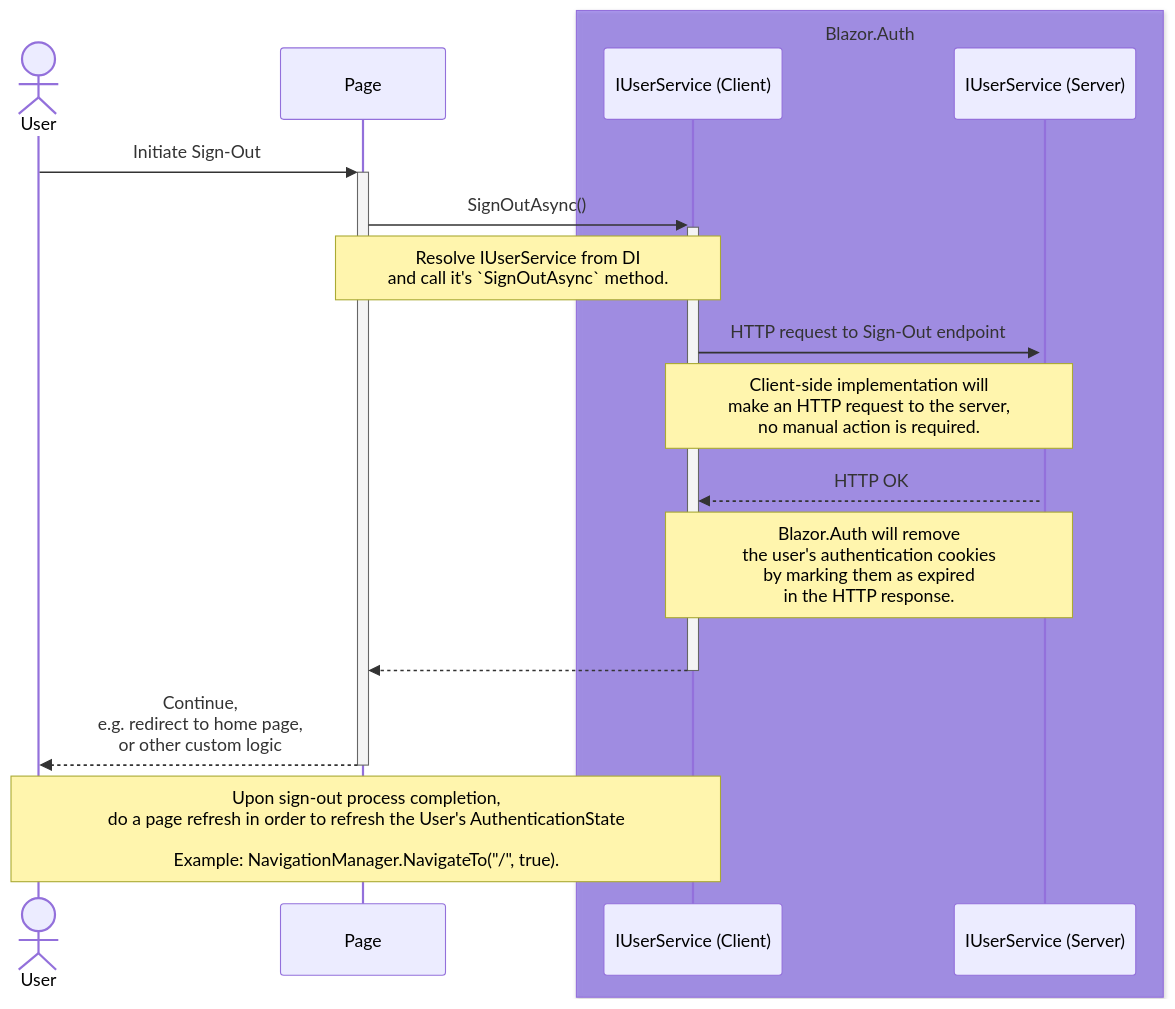
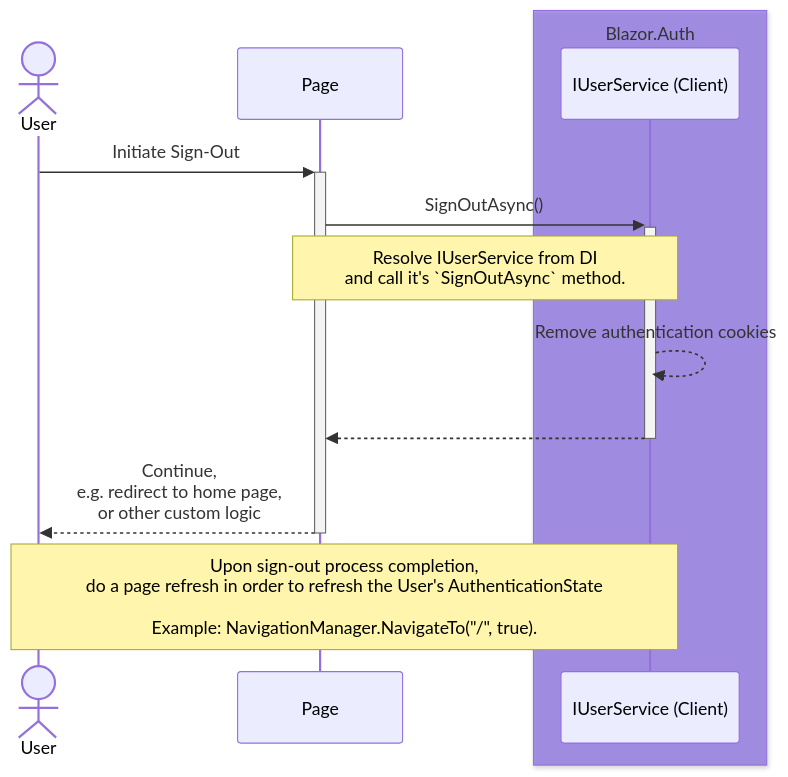
One commit to BitzArt/Blazor.Auth changed the third of 3 diagrams in docs/src/04.use-cases/02.interactive-webassembly.md. Above: the diagram before and after it, drawn with Mermaid. The commit also changed other lines of this file and 1 other file, not shown here.

Commit message:
Actualize sequence diagrams

````diff
--- a/docs/src/04.use-cases/02.interactive-webassembly.md
+++ b/docs/src/04.use-cases/02.interactive-webassembly.md
@@ -77,25 +75,20 @@
 ```mermaid
 sequenceDiagram
 
 actor user as User
 participant page as Page
 
 box rgba(101, 63, 232, 0.5) Blazor.Auth
 participant userServiceClient as IUserService (Client)
-participant userServiceServer as IUserService (Server)
 end
 
 user ->>+ page: Initiate Sign-Out
 page ->>+ userServiceClient: SignOutAsync()
 note over page,userServiceClient: Resolve IUserService from DI<br/> and call it's `SignOutAsync` method.
-userServiceClient ->>+ userServiceServer: HTTP request to Sign-Out endpoint
-note over userServiceClient,userServiceServer: Client-side implementation will <br/> make an HTTP request to the server, <br/> no manual action is required.
-
-userServiceServer -->> userServiceClient: HTTP OK
-note over userServiceServer,userServiceClient: Blazor.Auth will remove <br/> the user's authentication cookies <br/> by marking them as expired <br/> in the HTTP response.
+userServiceClient -->> userServiceClient: Remove authentication cookies
 
 userServiceClient -->>- page: #32;
 page -->>- user: Continue, <br/> e.g. redirect to home page, <br/> or other custom logic
 
 note over user,userServiceClient: Upon sign-out process completion, <br/> do a page refresh in order to refresh the User's AuthenticationState<br/><br/> Example: NavigationManager.NavigateTo("/", true).
 ```
````
